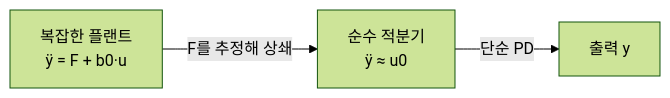
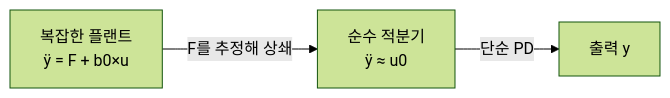
One commit to genie4youu/genie4youu.github.io changed the diagram in _posts/adrc/2026-07-21-02-total-disturbance.md. Above: the diagram before and after it, drawn with Mermaid (forest theme). The commit also changed other lines of this file and 100 other files, not shown here.

````diff
--- a/_posts/adrc/2026-07-21-02-total-disturbance.md
+++ b/_posts/adrc/2026-07-21-02-total-disturbance.md
@@ -53,5 +53,5 @@
 ```mermaid
 flowchart LR
-    P["복잡한 플랜트<br/>ÿ = F + b0·u"] -->|F를 추정해 상쇄| I["순수 적분기<br/>ÿ ≈ u0"]
+    P["복잡한 플랜트<br/>ÿ = F + b0×u"] -->|F를 추정해 상쇄| I["순수 적분기<br/>ÿ ≈ u0"]
     I -->|단순 PD| Y["출력 y"]
 ```
````
